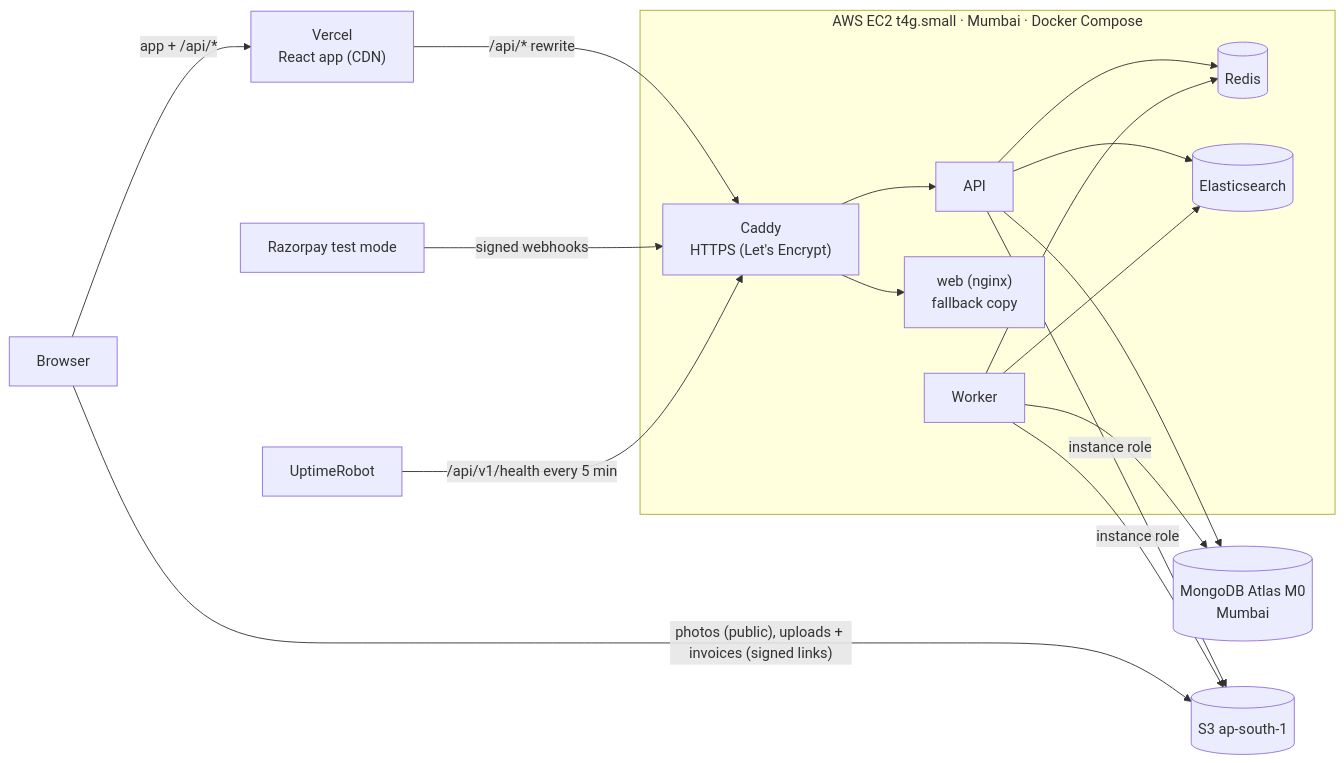
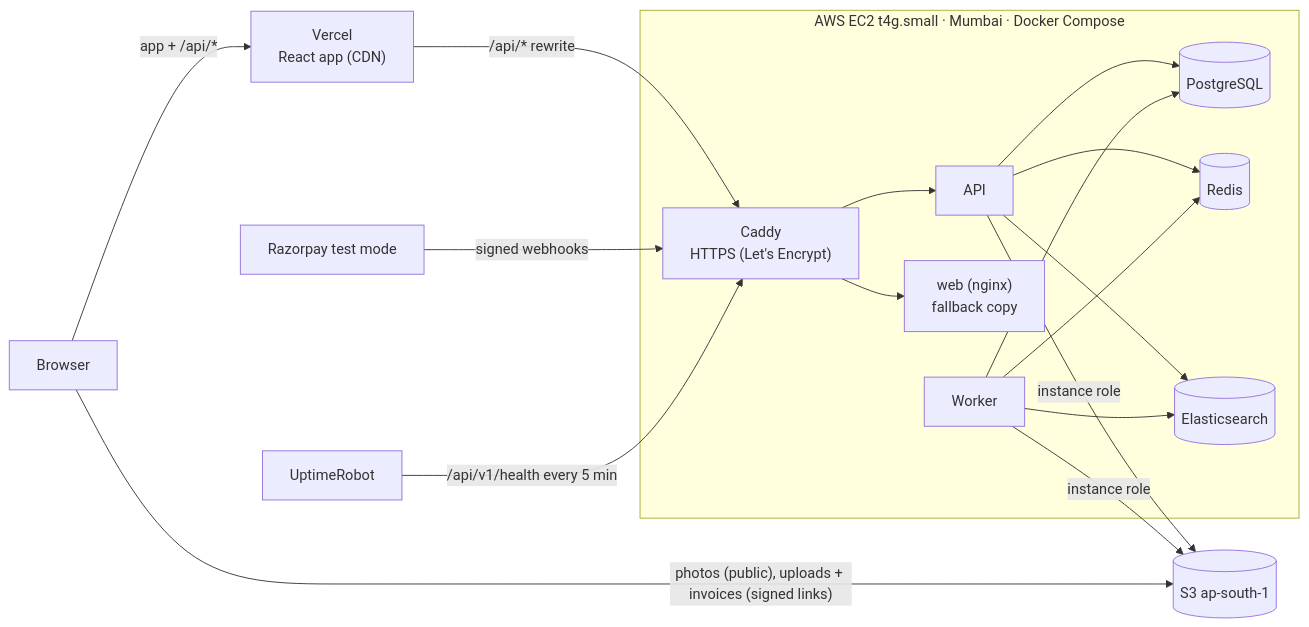
One commit to Adarsh619/Rout_Adarsh_Pradhan_Capstone_Projects changed the first of 2 diagrams in FS-01/docs/11-devops.md. Above: the diagram before and after it, drawn with Mermaid. The commit also changed other lines of this file and 23 other files, not shown here.

First line of the commit message:
chore(fs01): CI, production setup and docs for PostgreSQL + Prisma

````diff
--- a/FS-01/docs/11-devops.md
+++ b/FS-01/docs/11-devops.md
@@ -16,20 +16,20 @@
 ```mermaid
 flowchart LR
   B[Browser] -->|"app + /api/*"| V["Vercel<br/>React app (CDN)"]
   V -->|"/api/* rewrite"| C
   R[Razorpay test mode] -->|signed webhooks| C
   U[UptimeRobot] -->|"/api/v1/health every 5 min"| C
   subgraph EC2 ["AWS EC2 t4g.small · Mumbai · Docker Compose"]
     C["Caddy<br/>HTTPS (Let's Encrypt)"] --> A[API]
     C --> W2["web (nginx)<br/>fallback copy"]
+    A --> PG[(PostgreSQL)]
+    K --> PG
     A --> RE[(Redis)]
     A --> ES[(Elasticsearch)]
     K[Worker] --> RE
     K --> ES
   end
-  A --> M[(MongoDB Atlas M0<br/>Mumbai)]
-  K --> M
   A -->|instance role| S3[(S3 ap-south-1)]
   K -->|instance role| S3
   B -->|"photos (public), uploads + invoices (signed links)"| S3
 ```
````
